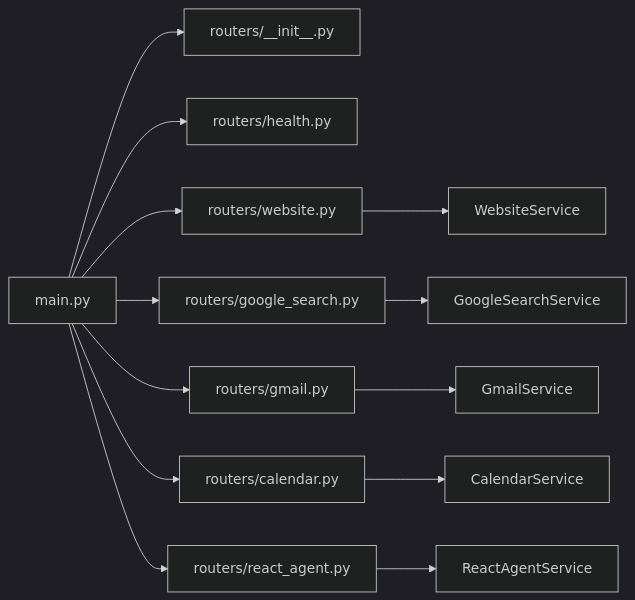
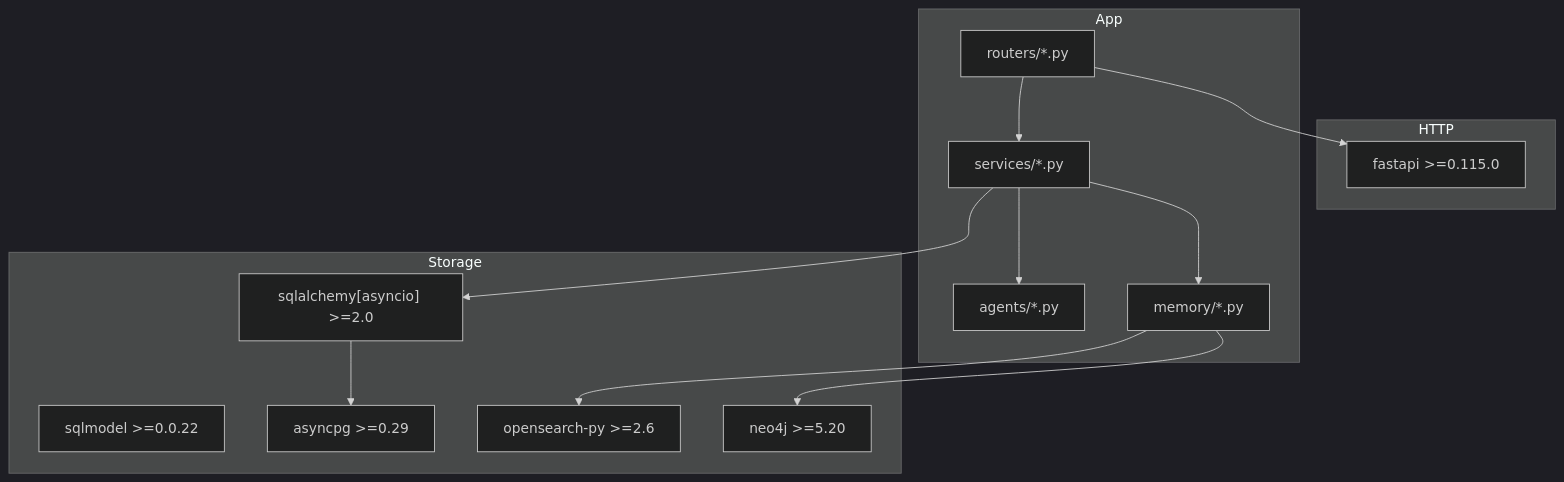
Before and after one commit to tashifkhan/tashif.codes: the fourth of 4 diagrams in src/data/docs/agentic-browser/API Server/API Overview.md, drawn with Mermaid (dark theme). The commit also changed other lines of this file and 114 other files, not shown here.

````diff
--- a/src/data/docs/agentic-browser/API Server/API Overview.md
+++ b/src/data/docs/agentic-browser/API Server/API Overview.md
@@ -277,15 +171,27 @@
 ```mermaid
-graph LR
-MAIN["main.py"] --> RINIT["routers/__init__.py"]
-MAIN --> HEALTH["routers/health.py"]
-MAIN --> WEBSITE["routers/website.py"]
-MAIN --> GOOGLE["routers/google_search.py"]
-MAIN --> GMAIL["routers/gmail.py"]
-MAIN --> CALENDAR["routers/calendar.py"]
-MAIN --> REACT["routers/react_agent.py"]
-WEBSITE --> WSVC["WebsiteService"]
-GOOGLE --> GSS["GoogleSearchService"]
-GMAIL --> GSVC["GmailService"]
-CALENDAR --> CSVC["CalendarService"]
-REACT --> RAS["ReactAgentService"]
+graph TB
+  subgraph "HTTP"
+    FA["fastapi >=0.115.0"]
+  end
+  subgraph "App"
+    ROUTERS["routers/*.py"]
+    SERVICES["services/*.py"]
+    AGENTS["agents/*.py"]
+    MEMORY["memory/*.py"]
+  end
+  subgraph "Storage"
+    SA["sqlalchemy[asyncio] >=2.0"]
+    SM["sqlmodel >=0.0.22"]
+    AP["asyncpg >=0.29"]
+    OS["opensearch-py >=2.6"]
+    N4["neo4j >=5.20"]
+  end
+  ROUTERS --> FA
+  ROUTERS --> SERVICES
+  SERVICES --> AGENTS
+  SERVICES --> MEMORY
+  SERVICES --> SA
+  SA --> AP
+  MEMORY --> OS
+  MEMORY --> N4
 ```
````
